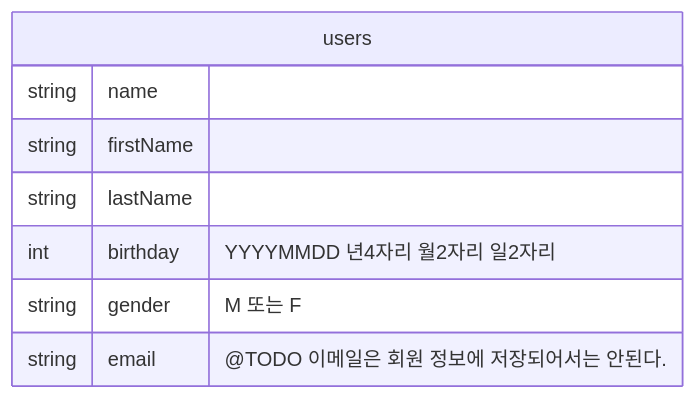
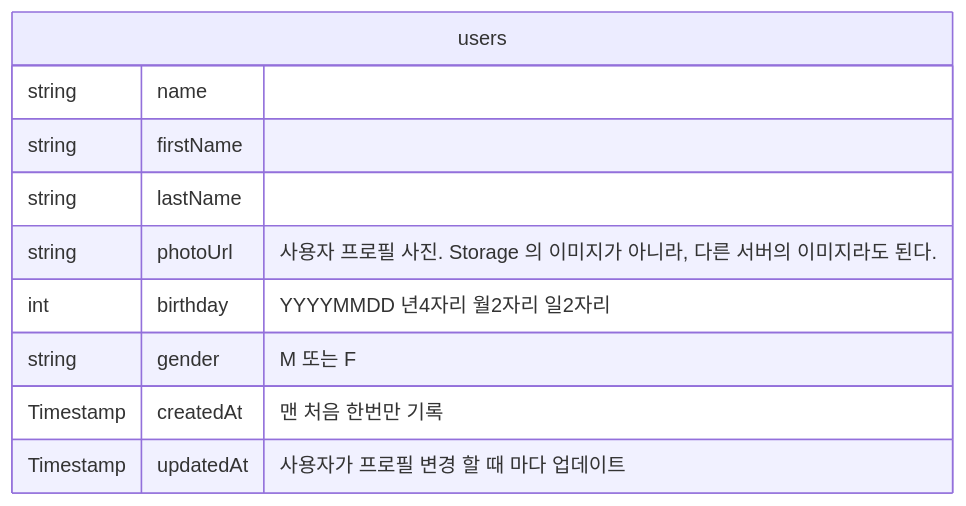
The first of 2 diagrams in README.md (thruthesky/fireflutter), drawn with Mermaid before and after one commit. The commit also changed other lines of this file and 13 other files, not shown here.

````diff
--- a/README.md
+++ b/README.md
@@ -18,11 +32,13 @@
 ```mermaid
 erDiagram
   users {
       string name
       string firstName
       string lastName
+      string photoUrl "사용자 프로필 사진. Storage 의 이미지가 아니라, 다른 서버의 이미지라도 된다."
       int birthday "YYYYMMDD 년4자리 월2자리 일2자리"
       string gender "M 또는 F"
-      string email "@TODO 이메일은 회원 정보에 저장되어서는 안된다."
+      Timestamp createdAt "맨 처음 한번만 기록"
+      Timestamp updatedAt "사용자가 프로필 변경 할 때 마다 업데이트"
   }
 ```
````
